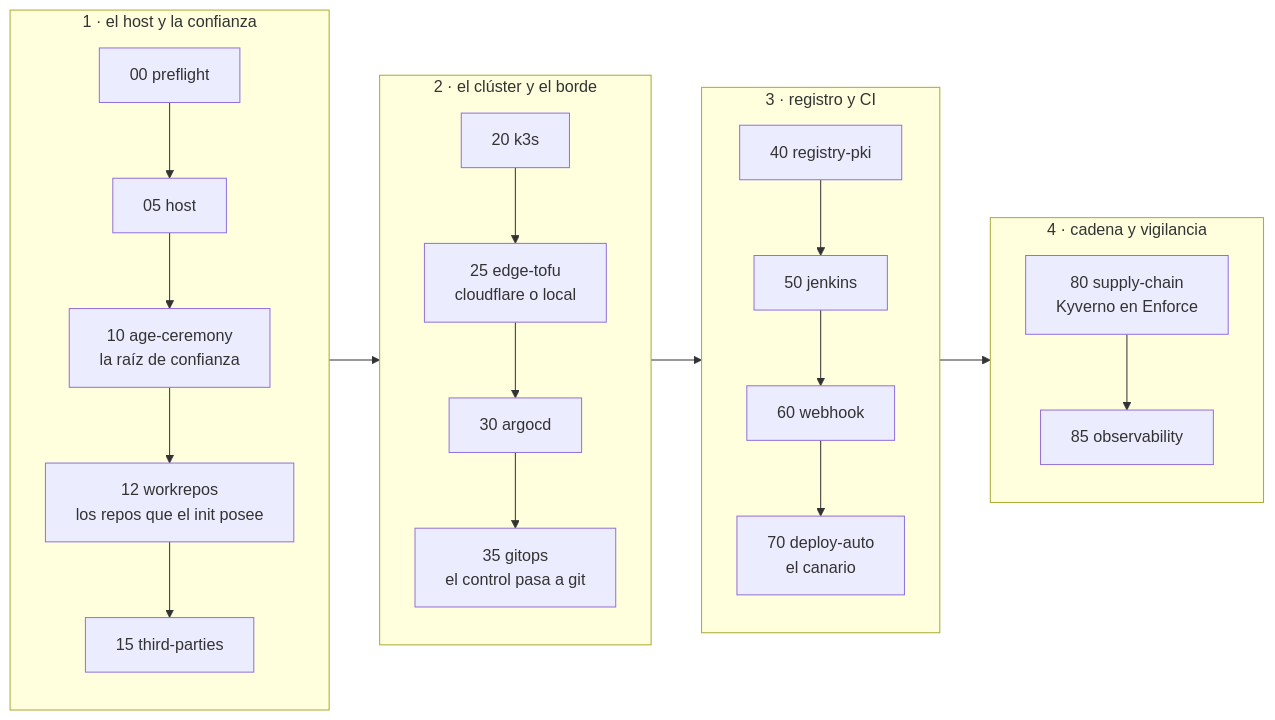
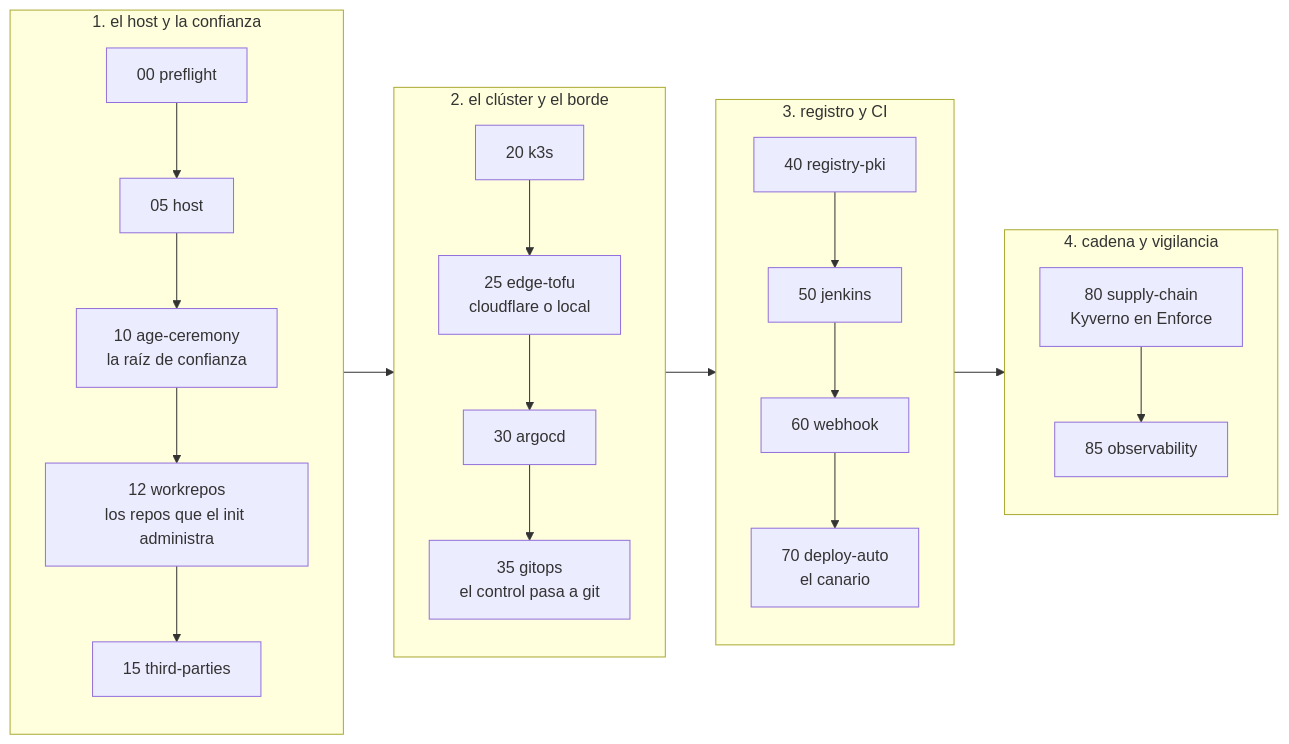
The first of 3 diagrams in README.md (MEMEMEMEMEMEMEDev/aegis-infra), drawn with Mermaid before and after one commit. The commit also changed other lines of this file and 1 other file, not shown here.

````diff
--- a/README.md
+++ b/README.md
@@ -278,20 +242,20 @@
 ```mermaid
 flowchart LR
-    subgraph A["1 · el host y la confianza"]
+    subgraph A["1. el host y la confianza"]
         direction TB
-        a0["00 preflight"] --> a1["05 host"] --> a2["10 age-ceremony<br/>la raíz de confianza"] --> a3["12 workrepos<br/>los repos que el init posee"] --> a4["15 third-parties"]
+        a0["00 preflight"] --> a1["05 host"] --> a2["10 age-ceremony<br/>la raíz de confianza"] --> a3["12 workrepos<br/>los repos que el init administra"] --> a4["15 third-parties"]
     end
-    subgraph B["2 · el clúster y el borde"]
+    subgraph B["2. el clúster y el borde"]
         direction TB
         b0["20 k3s"] --> b1["25 edge-tofu<br/>cloudflare o local"] --> b2["30 argocd"] --> b3["35 gitops<br/>el control pasa a git"]
     end
-    subgraph C["3 · registro y CI"]
+    subgraph C["3. registro y CI"]
         direction TB
         c0["40 registry-pki"] --> c1["50 jenkins"] --> c2["60 webhook"] --> c3["70 deploy-auto<br/>el canario"]
     end
-    subgraph D["4 · cadena y vigilancia"]
+    subgraph D["4. cadena y vigilancia"]
         direction TB
         d0["80 supply-chain<br/>Kyverno en Enforce"] --> d1["85 observability"]
     end
     A --> B --> C --> D
 ```
````
